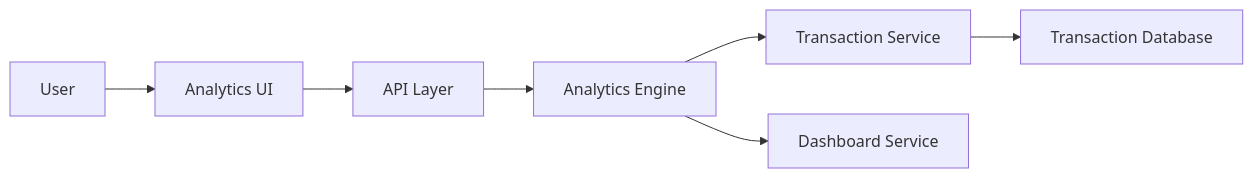
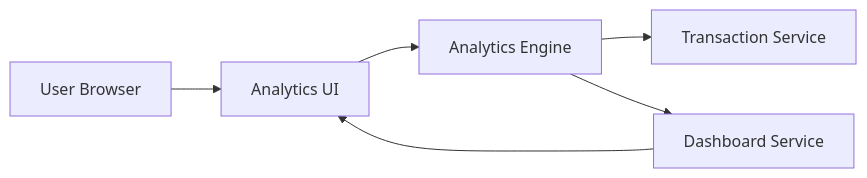
One commit to AAVA-Demo/APB_Demo changed the diagram in HLD/QE-7730_HLD.md. Above: the diagram before and after it, drawn with Mermaid. The commit also changed other lines of this file and 5 other files, not shown here.

````diff
--- a/HLD/QE-7730_HLD.md
+++ b/HLD/QE-7730_HLD.md
@@ -7,16 +6,13 @@
 ```mermaid
 flowchart LR
-    A["User"]
+    A["User Browser"]
     B["Analytics UI"]
-    C["API Layer"]
-    D["Analytics Engine"]
-    E["Transaction Service"]
-    F["Dashboard Service"]
-    G["Transaction Database"]
+    C["Analytics Engine"]
+    D["Transaction Service"]
+    E["Dashboard Service"]
     A --> B
     B --> C
     C --> D
-    D --> E
-    E --> G
-    D --> F
+    C --> E
+    E --> B
 ```
````
